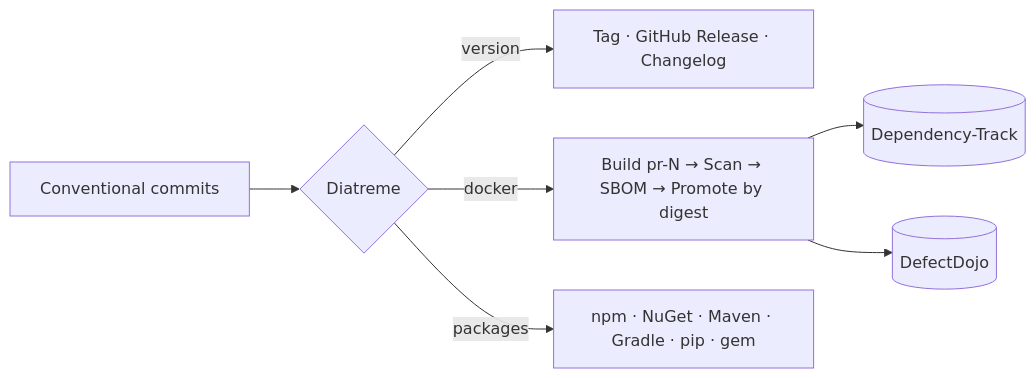
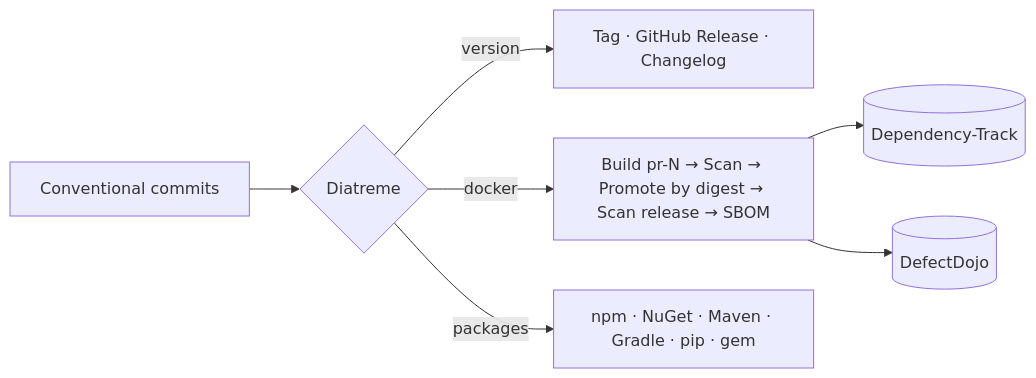
The diagram in README.md (MagmaMoose/diatreme), drawn with Mermaid before and after one commit. The commit also changed other lines of this file and 5 other files, not shown here.

````diff
--- a/README.md
+++ b/README.md
@@ -72,9 +73,9 @@
 ```mermaid
 flowchart LR
   C[Conventional commits] --> D{Diatreme}
   D -->|version| R[Tag · GitHub Release · Changelog]
-  D -->|docker| I[Build pr-N → Scan → SBOM → Promote by digest]
+  D -->|docker| I[Build pr-N → Scan → Promote by digest → Scan release → SBOM]
   D -->|packages| P[npm · NuGet · Maven · Gradle · pip · gem]
   I --> DT[(Dependency-Track)]
   I --> DD[(DefectDojo)]
 ```
````
